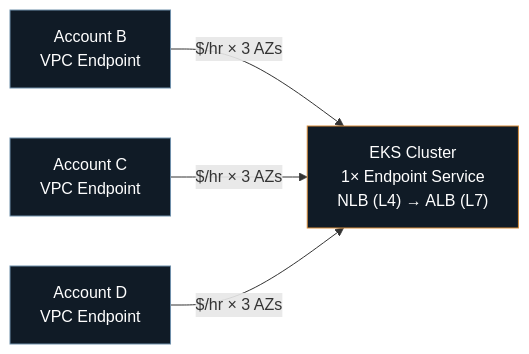
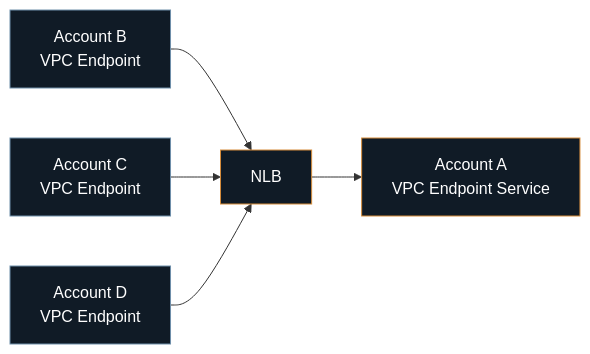
Before and after one commit to usamaahmadkhan/usamaahmadkhan.github.io: the first of 5 diagrams in content/posts/aws-network-evolution.md, drawn with Mermaid. The commit also changed other lines of this file, not shown here.

````diff
--- a/content/posts/aws-network-evolution.md
+++ b/content/posts/aws-network-evolution.md
@@ -24,12 +16,13 @@
 ```mermaid
 flowchart LR
-    B["Account B<br/>VPC Endpoint"] -->|"$/hr × 3 AZs"| A
-    C["Account C<br/>VPC Endpoint"] -->|"$/hr × 3 AZs"| A
-    D["Account D<br/>VPC Endpoint"] -->|"$/hr × 3 AZs"| A
-    A["EKS Cluster<br/>1× Endpoint Service<br/>NLB (L4) → ALB (L7)"]
+    B["Account B<br/>VPC Endpoint"] --> NLB
+    C["Account C<br/>VPC Endpoint"] --> NLB
+    D["Account D<br/>VPC Endpoint"] --> NLB
+    NLB["NLB"] --> A["Account A<br/>VPC Endpoint Service"]
 
     style A fill:#101B26,stroke:#D68C3B,color:#fff
+    style NLB fill:#101B26,stroke:#D68C3B,color:#fff
     style B fill:#101B26,stroke:#6E8FAA,color:#fff
     style C fill:#101B26,stroke:#6E8FAA,color:#fff
     style D fill:#101B26,stroke:#6E8FAA,color:#fff
 ```
````
